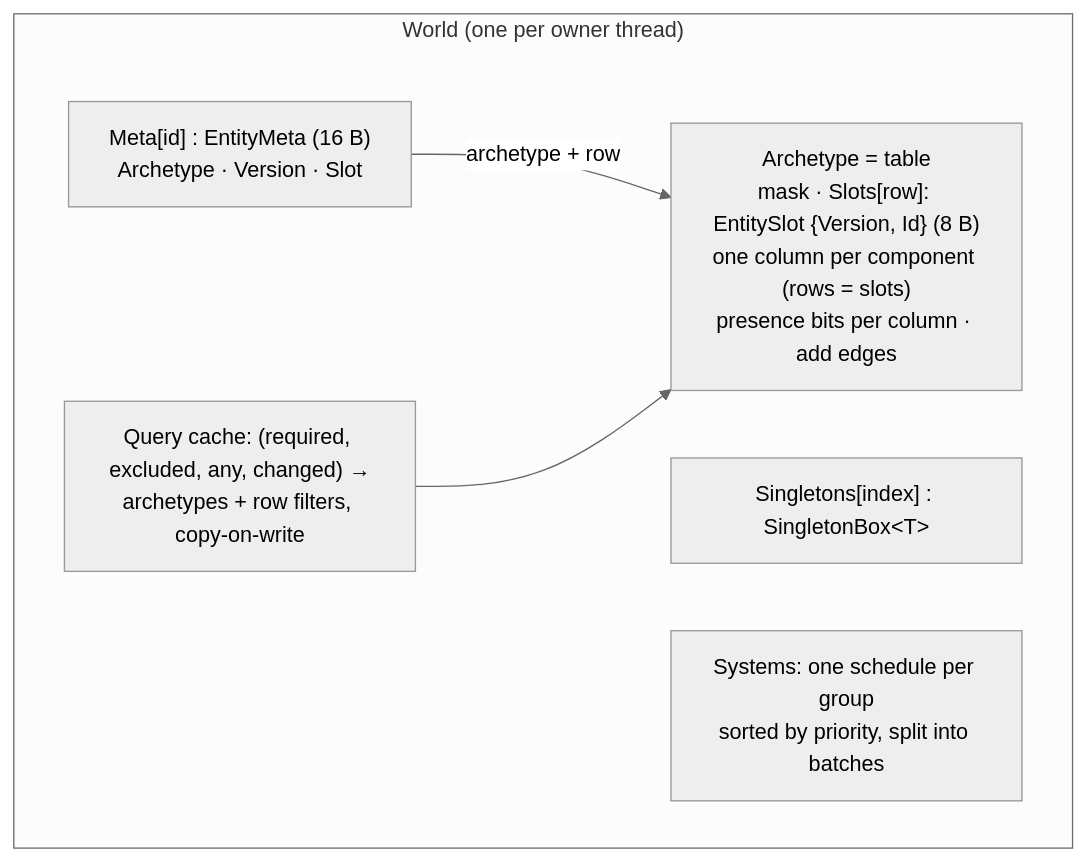
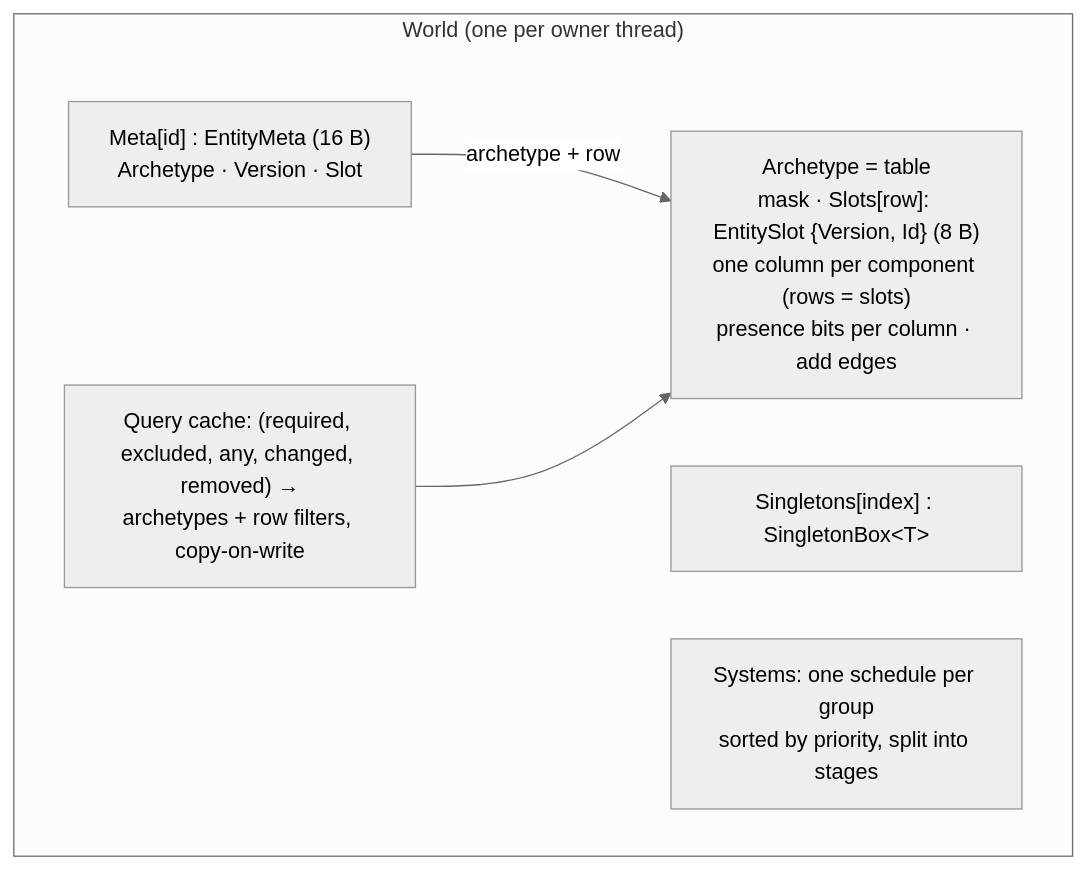
The first of 3 diagrams in doc/architecture.md (JasonXuDeveloper/EasyEcs), drawn with Mermaid (neutral theme) before and after one commit. The commit also changed other lines of this file and 11 other files, not shown here.

````diff
--- a/doc/architecture.md
+++ b/doc/architecture.md
@@ -13,12 +13,12 @@
 ```mermaid
 flowchart TB
     subgraph "World (one per owner thread)"
         Meta["Meta[id] : EntityMeta (16 B)<br/>Archetype · Version · Slot"]
         Arch["Archetype = table<br/>mask · Slots[row]: EntitySlot {Version, Id} (8 B)<br/>one column per component (rows = slots)<br/>presence bits per column · add edges"]
-        QC["Query cache: (required, excluded, any, changed) →<br/>archetypes + row filters, copy-on-write"]
+        QC["Query cache: (required, excluded, any, changed, removed) →<br/>archetypes + row filters, copy-on-write"]
         Single["Singletons[index] : SingletonBox&lt;T&gt;"]
-        Sys["Systems: one schedule per group<br/>sorted by priority, split into batches"]
+        Sys["Systems: one schedule per group<br/>sorted by priority, split into stages"]
     end
     Meta -->|archetype + row| Arch
     QC --> Arch
 ```
````
